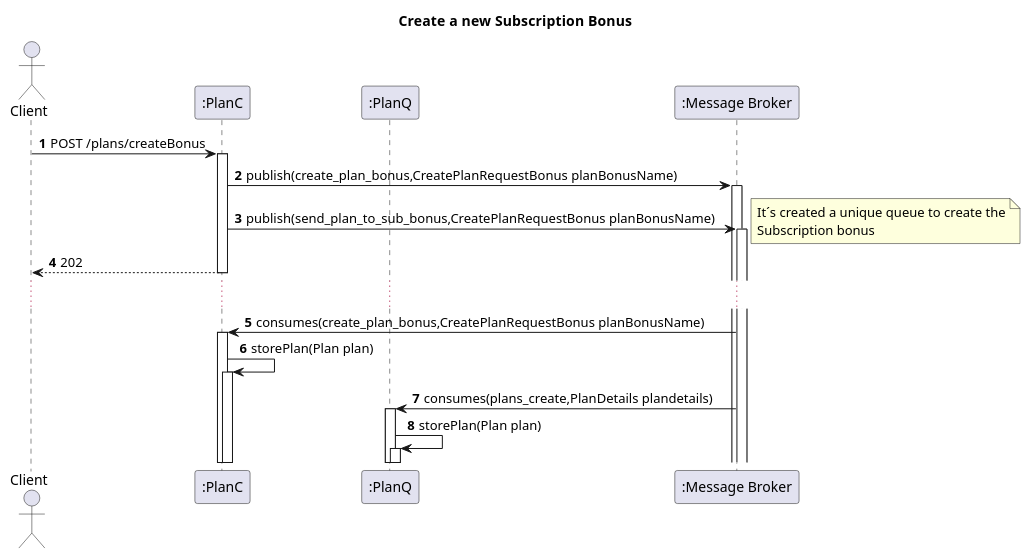
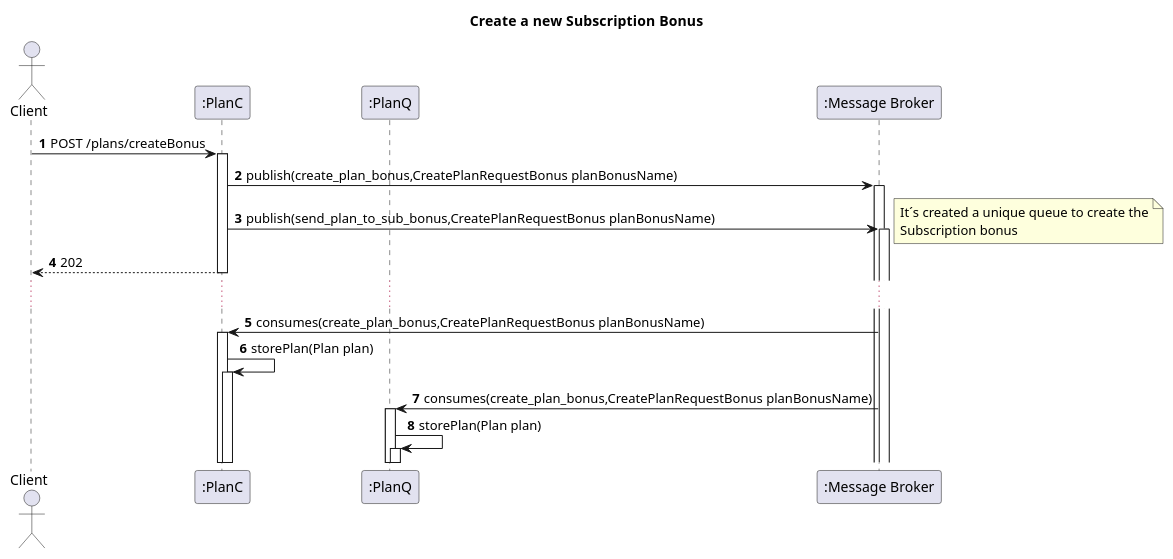
The diagram in docs_sidis/Terceira_Avaliação/Bonus/Vista_Processos/N2/Plans/CreatePlanBonus.puml (IsepMartimOliveira/SIDIS), drawn with PlantUML before and after one commit. The commit also changed 10 other files, not shown here.

```diff
--- a/docs_sidis/Terceira_Avaliação/Bonus/Vista_Processos/N2/Plans/CreatePlanBonus.puml
+++ b/docs_sidis/Terceira_Avaliação/Bonus/Vista_Processos/N2/Plans/CreatePlanBonus.puml
@@ -1,46 +1,46 @@
 @startuml
 'https://plantuml.com/sequence-diagram
 autoactivate on
 autonumber
 title  Create  a new Subscription Bonus
 
 autonumber
 
 actor "Client" as Ac
 participant ":PlanC" as Auth
 participant ":PlanQ" as Serv
 
 
 participant ":Message Broker" as Broker
 
 
 Ac->Auth:POST /plans/createBonus
 Auth->Broker: publish(create_plan_bonus,CreatePlanRequestBonus planBonusName)
 Auth->Broker: publish(send_plan_to_sub_bonus,CreatePlanRequestBonus planBonusName)
 note right
 It´s created a unique queue to create the
 Subscription bonus
 end note
 Auth-->Ac:202
 ...
 Broker->Auth:consumes(create_plan_bonus,CreatePlanRequestBonus planBonusName)
 Auth->Auth:storePlan(Plan plan)
 
-Broker->Serv:consumes(plans_create,PlanDetails plandetails)
+Broker->Serv:consumes(create_plan_bonus,CreatePlanRequestBonus planBonusName)
 
 Serv->Serv:storePlan(Plan plan)
 
 
 
 
 
 
 
 
 
 
 
 
 
 
 @enduml
```
